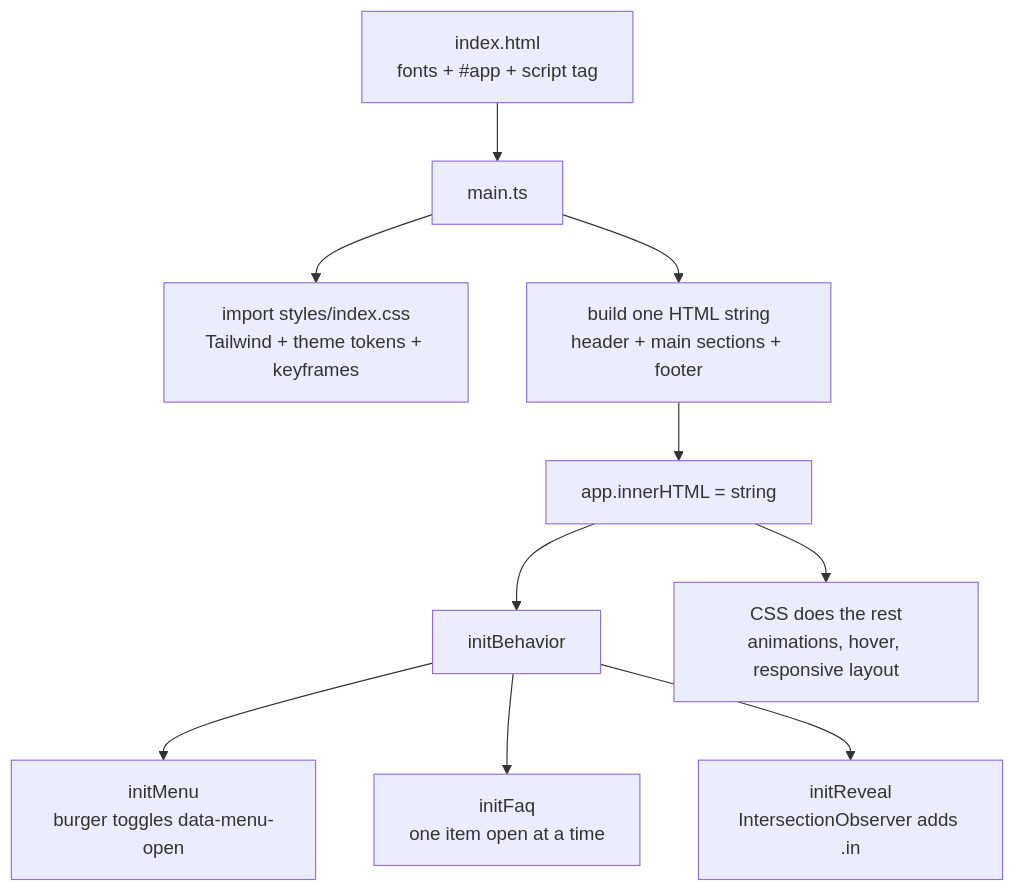
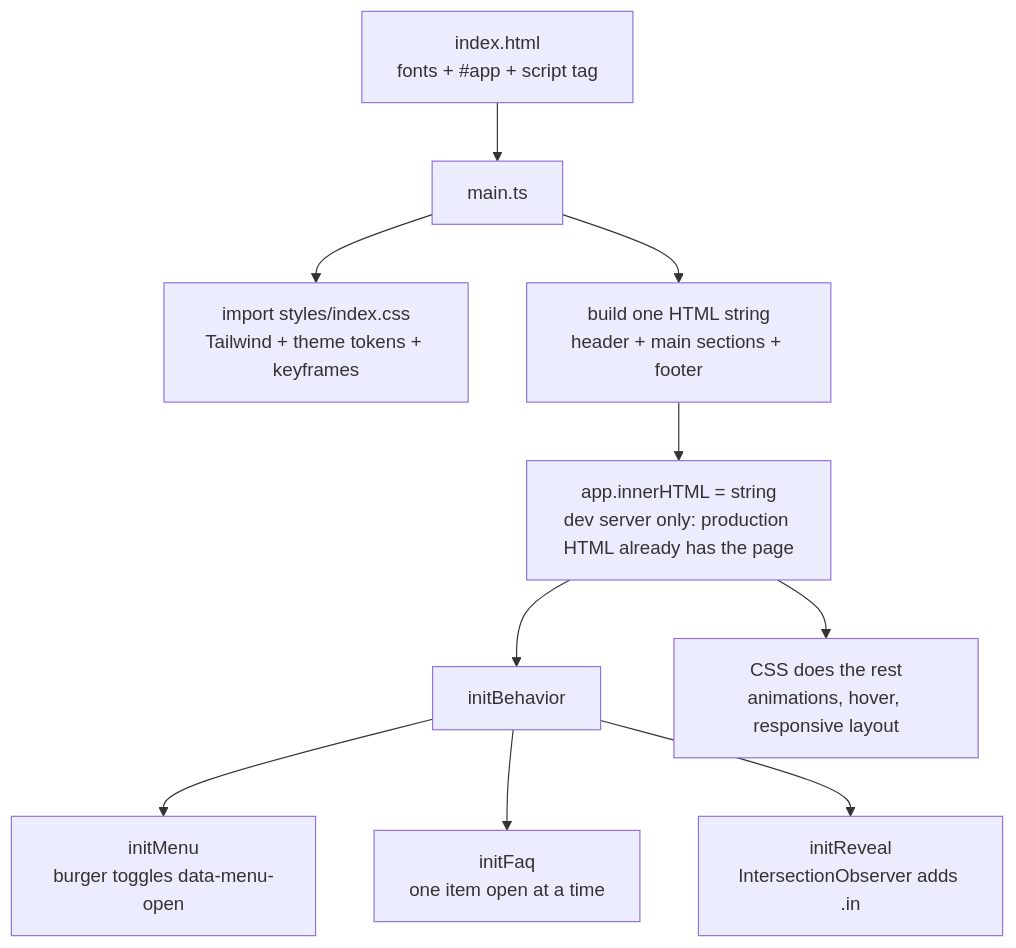
One commit to princesatapathy/Lumen-and-co changed the first of 6 diagrams in docs/ARCHITECTURE.md. Above: the diagram before and after it, drawn with Mermaid. The commit also changed other lines of this file and 4 other files, not shown here.

````diff
--- a/docs/ARCHITECTURE.md
+++ b/docs/ARCHITECTURE.md
@@ -17,12 +17,12 @@
 ```mermaid
 flowchart TD
   A[index.html<br/>fonts + #app + script tag] --> B[main.ts]
   B --> C[import styles/index.css<br/>Tailwind + theme tokens + keyframes]
   B --> D[build one HTML string<br/>header + main sections + footer]
-  D --> E[app.innerHTML = string]
+  D --> E[app.innerHTML = string<br/>dev server only: production HTML already has the page]
   E --> F[initBehavior]
   F --> F1[initMenu<br/>burger toggles data-menu-open]
   F --> F2[initFaq<br/>one item open at a time]
   F --> F3[initReveal<br/>IntersectionObserver adds .in]
   E --> G[CSS does the rest<br/>animations, hover, responsive layout]
 ```
````
